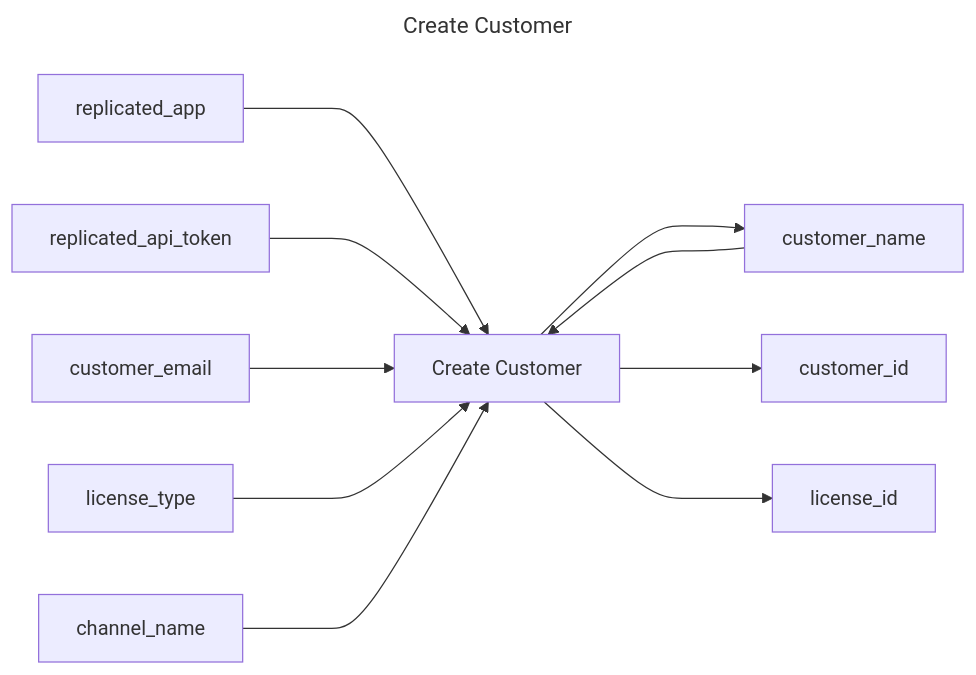
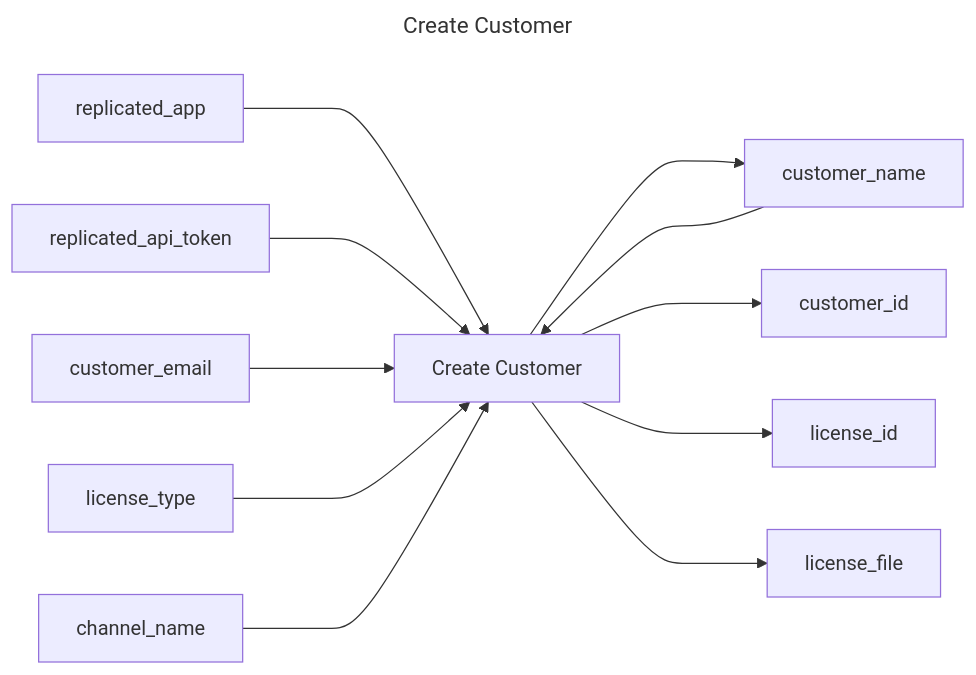
One commit to replicatedhq/replicated-actions changed the diagram in create-customer/README.md. Above: the diagram before and after it, drawn with Mermaid. The commit also changed other lines of this file and 34 other files, not shown here.

Commit message:
Updating create customer to return license file

````diff
--- a/create-customer/README.md
+++ b/create-customer/README.md
@@ -3,16 +3,17 @@
 ```mermaid
 ---
 title: Create Customer
 ---
 graph LR
 create_customer["Create Customer"]
 replicated_app ---> create_customer
 replicated_api_token ---> create_customer
 customer_name ---> create_customer
 customer_email ---> create_customer
 license_type ---> create_customer
 channel_name ---> create_customer
 create_customer ---> customer_name
 create_customer ---> customer_id
 create_customer ---> license_id
+create_customer ---> license_file
 ```
````
